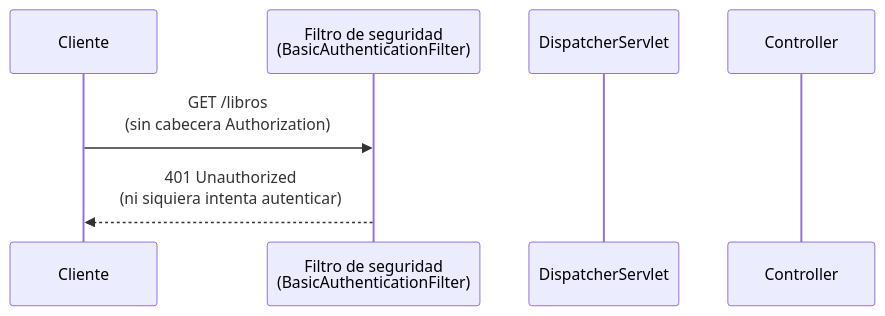
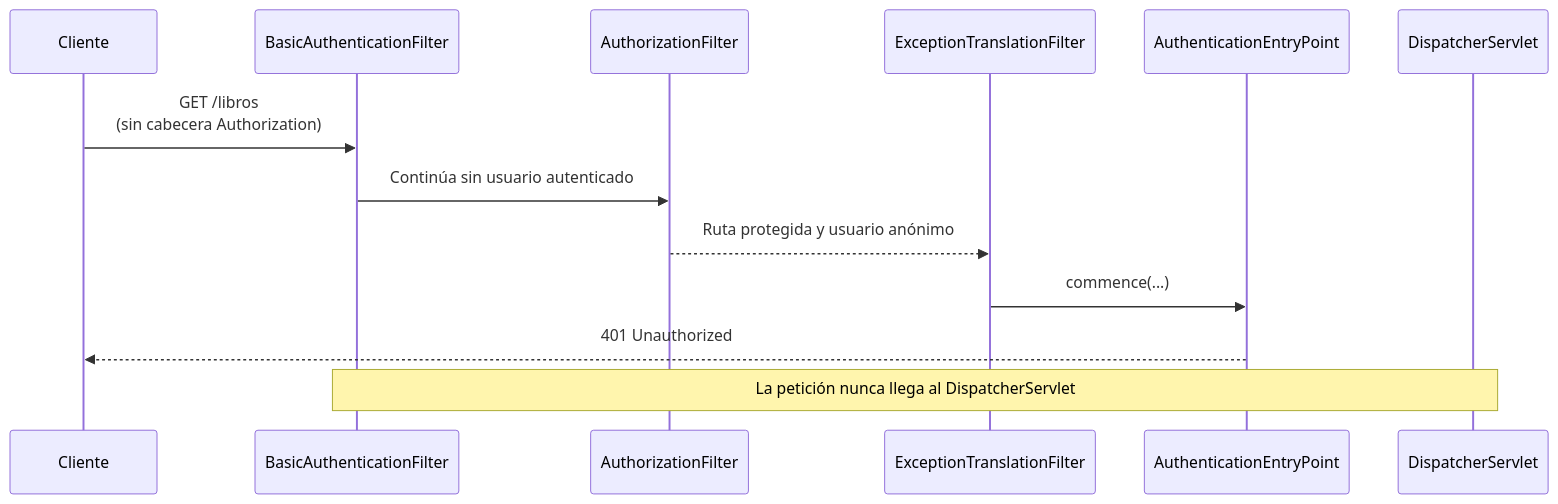
One commit to aitorventura/programacion-servicios-procesos changed the second of 3 diagrams in docs/tema2/seguridad-basica-http-basic.md. Above: the diagram before and after it, drawn with Mermaid. The commit also changed other lines of this file and 9 other files, not shown here.

````diff
--- a/docs/tema2/seguridad-basica-http-basic.md
+++ b/docs/tema2/seguridad-basica-http-basic.md
@@ -58,10 +58,17 @@
 ```mermaid
 sequenceDiagram
     participant Cliente
-    participant Filtro as Filtro de seguridad<br/>(BasicAuthenticationFilter)
+    participant Basic as BasicAuthenticationFilter
+    participant Authorization as AuthorizationFilter
+    participant Exception as ExceptionTranslationFilter
+    participant EntryPoint as AuthenticationEntryPoint
     participant Dispatcher as DispatcherServlet
-    participant Controller
 
-    Cliente->>Filtro: GET /libros<br/>(sin cabecera Authorization)
-    Filtro-->>Cliente: 401 Unauthorized<br/>(ni siquiera intenta autenticar)
+    Cliente->>Basic: GET /libros<br/>(sin cabecera Authorization)
+    Basic->>Authorization: Continúa sin usuario autenticado
+    Authorization-->>Exception: Ruta protegida y usuario anónimo
+    Exception->>EntryPoint: commence(...)
+    EntryPoint-->>Cliente: 401 Unauthorized
+
+    Note over Basic,Dispatcher: La petición nunca llega al DispatcherServlet
 ```
````
